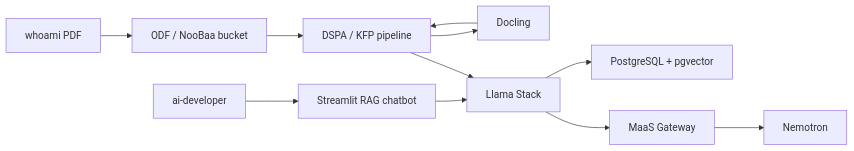
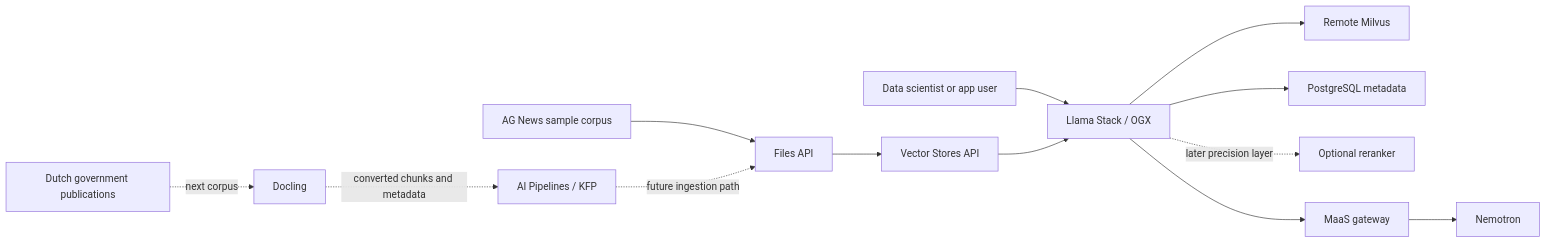
Before and after one commit to adnan-drina/rhoai3-demo: the diagram in stage-230-private-data-rag/README.md, drawn with Mermaid. The commit also changed other lines of this file and 89 other files, not shown here.

````diff
--- a/stage-230-private-data-rag/README.md
+++ b/stage-230-private-data-rag/README.md
@@ -58,24 +48,29 @@
 ```mermaid
 flowchart LR
-  user["ai-developer"]
-  docs["whoami PDF"]
-  bucket["ODF / NooBaa bucket"]
-  dspa["DSPA / KFP pipeline"]
+  user["Data scientist or app user"]
+  corpus["AG News sample corpus"]
+  files["Files API"]
+  vectors["Vector Stores API"]
+  stack["Llama Stack / OGX"]
+  milvus["Remote Milvus"]
+  pg["PostgreSQL metadata"]
+  reranker["Optional reranker"]
+  maas["MaaS gateway"]
+  nemotron["Nemotron"]
+  nl_docs["Dutch government publications"]
   docling["Docling"]
-  pg["PostgreSQL + pgvector"]
-  stack["Llama Stack"]
-  app["Streamlit RAG chatbot"]
-  maas["MaaS Gateway"]
-  model["Nemotron"]
+  kfp["AI Pipelines / KFP"]
 
-  user --> app
-  app --> stack
-  docs --> bucket
-  bucket --> dspa
-  dspa --> docling
-  docling --> dspa
-  dspa --> stack
+  user --> stack
+  corpus --> files
+  files --> vectors
+  vectors --> stack
+  stack --> milvus
   stack --> pg
+  stack -. "later precision layer" .-> reranker
   stack --> maas
-  maas --> model
+  maas --> nemotron
+  nl_docs -. "next corpus" .-> docling
+  docling -. "converted chunks and metadata" .-> kfp
+  kfp -. "future ingestion path" .-> files
 ```
````
